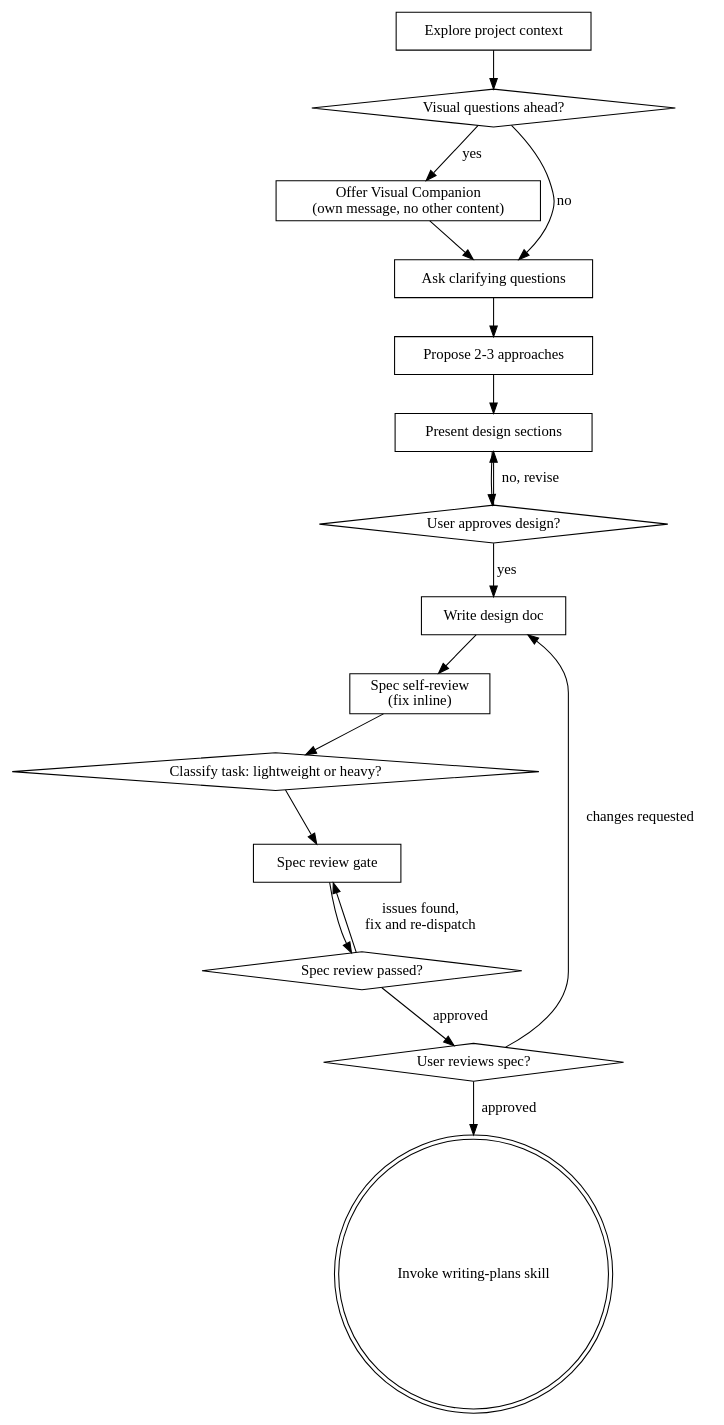
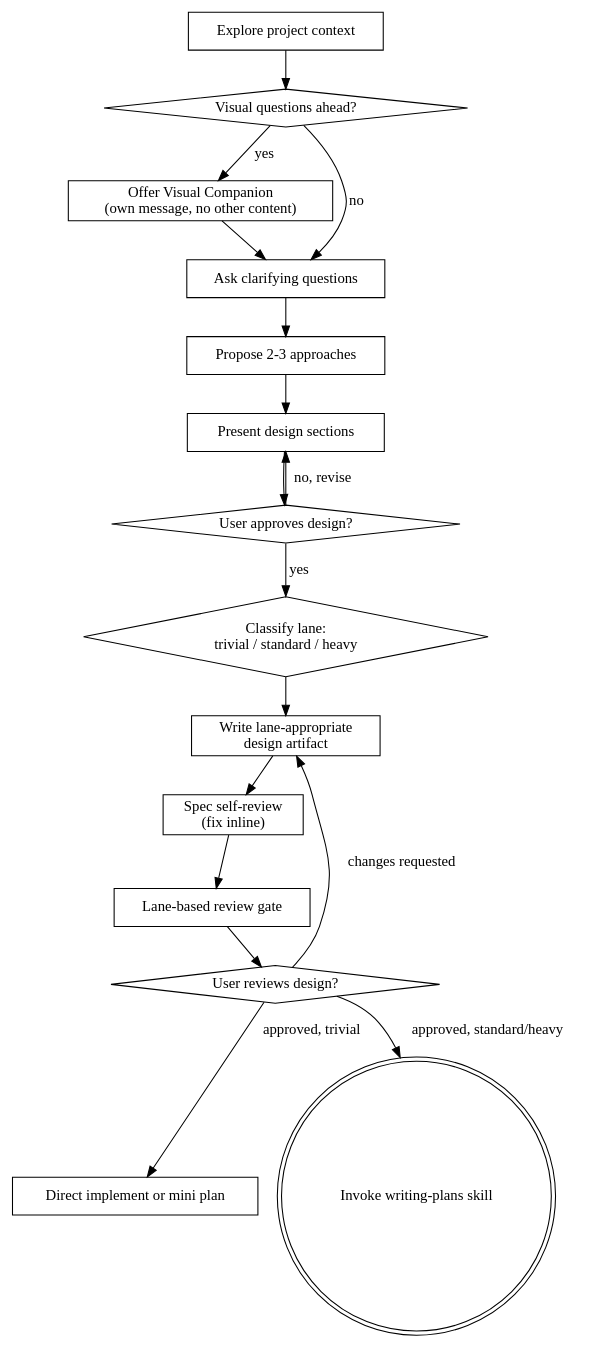
The diagram in skills/brainstorming/SKILL.md (Ayagikei/superpowers), drawn with Graphviz before and after one commit. The commit also changed other lines of this file and 8 other files, not shown here.

````diff
--- a/skills/brainstorming/SKILL.md
+++ b/skills/brainstorming/SKILL.md
@@ -38,36 +61,35 @@
 ```dot
 digraph brainstorming {
     "Explore project context" [shape=box];
     "Visual questions ahead?" [shape=diamond];
     "Offer Visual Companion\n(own message, no other content)" [shape=box];
     "Ask clarifying questions" [shape=box];
     "Propose 2-3 approaches" [shape=box];
     "Present design sections" [shape=box];
     "User approves design?" [shape=diamond];
-    "Write design doc" [shape=box];
+    "Classify lane:\ntrivial / standard / heavy" [shape=diamond];
+    "Write lane-appropriate\ndesign artifact" [shape=box];
     "Spec self-review\n(fix inline)" [shape=box];
-    "Classify task: lightweight or heavy?" [shape=diamond];
-    "Spec review gate" [shape=box];
-    "Spec review passed?" [shape=diamond];
-    "User reviews spec?" [shape=diamond];
+    "Lane-based review gate" [shape=box];
+    "User reviews design?" [shape=diamond];
+    "Direct implement or mini plan" [shape=box];
     "Invoke writing-plans skill" [shape=doublecircle];
 
     "Explore project context" -> "Visual questions ahead?";
     "Visual questions ahead?" -> "Offer Visual Companion\n(own message, no other content)" [label="yes"];
     "Visual questions ahead?" -> "Ask clarifying questions" [label="no"];
     "Offer Visual Companion\n(own message, no other content)" -> "Ask clarifying questions";
     "Ask clarifying questions" -> "Propose 2-3 approaches";
     "Propose 2-3 approaches" -> "Present design sections";
     "Present design sections" -> "User approves design?";
     "User approves design?" -> "Present design sections" [label="no, revise"];
-    "User approves design?" -> "Write design doc" [label="yes"];
-    "Write design doc" -> "Spec self-review\n(fix inline)";
-    "Spec self-review\n(fix inline)" -> "Classify task: lightweight or heavy?";
-    "Classify task: lightweight or heavy?" -> "Spec review gate";
-    "Spec review gate" -> "Spec review passed?";
-    "Spec review passed?" -> "Spec review gate" [label="issues found,\nfix and re-dispatch"];
-    "Spec review passed?" -> "User reviews spec?" [label="approved"];
-    "User reviews spec?" -> "Write design doc" [label="changes requested"];
-    "User reviews spec?" -> "Invoke writing-plans skill" [label="approved"];
+    "User approves design?" -> "Classify lane:\ntrivial / standard / heavy" [label="yes"];
+    "Classify lane:\ntrivial / standard / heavy" -> "Write lane-appropriate\ndesign artifact";
+    "Write lane-appropriate\ndesign artifact" -> "Spec self-review\n(fix inline)";
+    "Spec self-review\n(fix inline)" -> "Lane-based review gate";
+    "Lane-based review gate" -> "User reviews design?";
+    "User reviews design?" -> "Write lane-appropriate\ndesign artifact" [label="changes requested"];
+    "User reviews design?" -> "Direct implement or mini plan" [label="approved, trivial"];
+    "User reviews design?" -> "Invoke writing-plans skill" [label="approved, standard/heavy"];
 }
 ```
````
